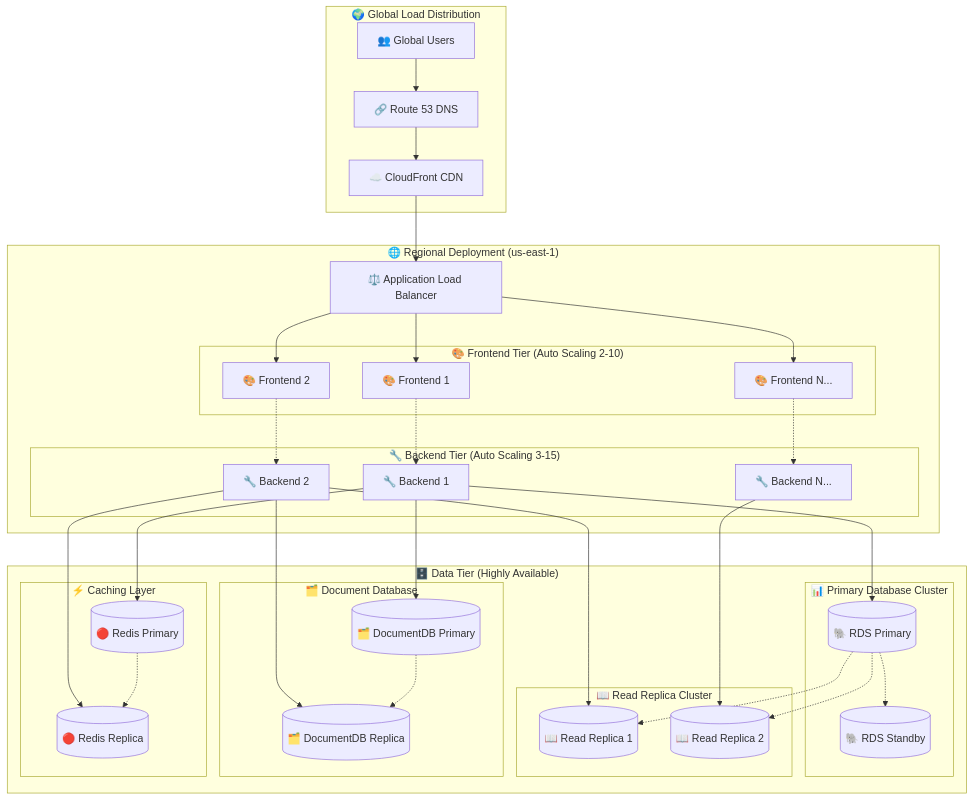
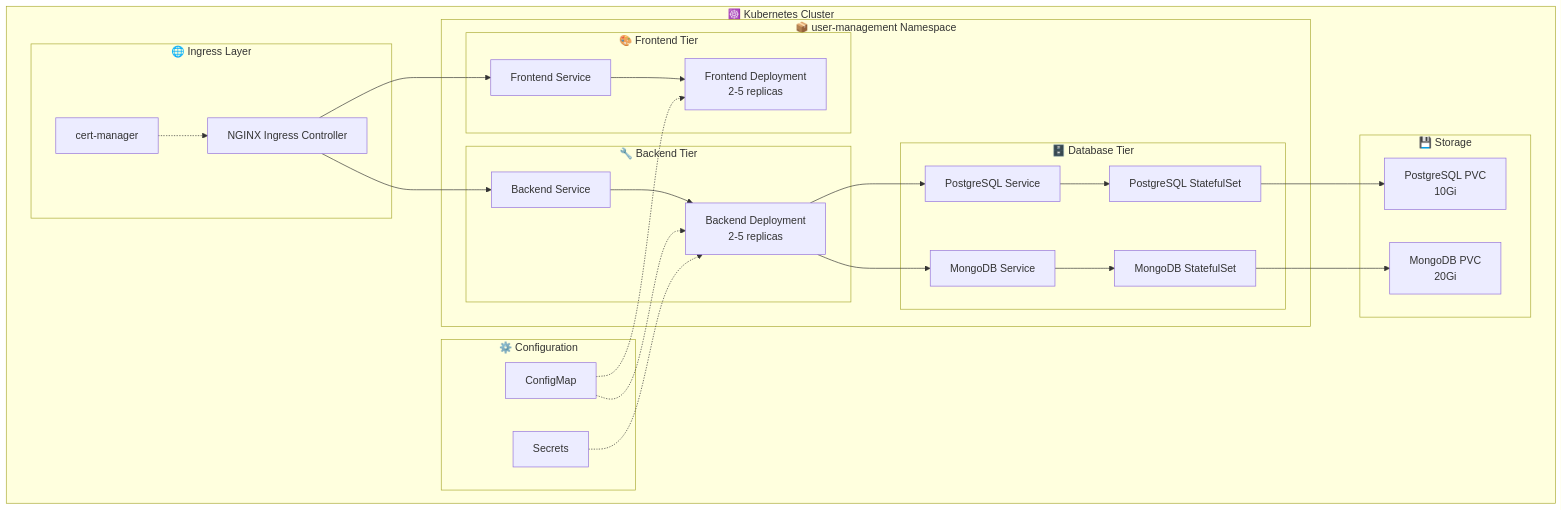
Before and after one commit to aathil-ali/User-Management: the fifth of 6 diagrams in README.md, drawn with Mermaid. The commit also changed other lines of this file and 2 other files, not shown here.

````diff
--- a/README.md
+++ b/README.md
@@ -422,71 +516,53 @@
 ```mermaid
 graph TB
-    subgraph "🌍 Global Load Distribution"
-        USERS[👥 Global Users]
-        DNS[🔗 Route 53 DNS]
-        CDN[☁️ CloudFront CDN]
-    end
-
-    subgraph "🌐 Regional Deployment (us-east-1)"
-        ALB[⚖️ Application Load Balancer]
-        
-        subgraph "🎨 Frontend Tier (Auto Scaling 2-10)"
-            FE1[🎨 Frontend 1]
-            FE2[🎨 Frontend 2]
-            FEN[🎨 Frontend N...]
+    subgraph "☸️ Kubernetes Cluster"
+        subgraph "🌐 Ingress Layer"
+            INGRESS[NGINX Ingress Controller]
+            CERT[cert-manager]
         end
         
-        subgraph "🔧 Backend Tier (Auto Scaling 3-15)"
-            BE1[🔧 Backend 1]
-            BE2[🔧 Backend 2]
-            BEN[🔧 Backend N...]
+        subgraph "📦 user-management Namespace"
+            subgraph "🎨 Frontend Tier"
+                FE_DEPLOY[Frontend Deployment<br/>2-5 replicas]
+                FE_SVC[Frontend Service]
+            end
+            
+            subgraph "🔧 Backend Tier"
+                BE_DEPLOY[Backend Deployment<br/>2-5 replicas]
+                BE_SVC[Backend Service]
+            end
+            
+            subgraph "🗄️ Database Tier"
+                PG_DEPLOY[PostgreSQL StatefulSet]
+                MONGO_DEPLOY[MongoDB StatefulSet]
+                PG_SVC[PostgreSQL Service]
+                MONGO_SVC[MongoDB Service]
+            end
+        end
+        
+        subgraph "💾 Storage"
+            PG_PVC[PostgreSQL PVC<br/>10Gi]
+            MONGO_PVC[MongoDB PVC<br/>20Gi]
+        end
+        
+        subgraph "⚙️ Configuration"
+            CONFIG[ConfigMap]
+            SECRETS[Secrets]
         end
     end
 
-    subgraph "🗄️ Data Tier (Highly Available)"
-        subgraph "📊 Primary Database Cluster"
-            RDS_PRIMARY[(🐘 RDS Primary)]
-            RDS_STANDBY[(🐘 RDS Standby)]
-        end
-        
-        subgraph "📖 Read Replica Cluster"
-            RDS_READ1[(📖 Read Replica 1)]
-            RDS_READ2[(📖 Read Replica 2)]
-        end
-        
-        subgraph "🗂️ Document Database"
-            DOC_PRIMARY[(🗂️ DocumentDB Primary)]
-            DOC_REPLICA[(🗂️ DocumentDB Replica)]
-        end
-        
-        subgraph "⚡ Caching Layer"
-            REDIS_PRIMARY[(🔴 Redis Primary)]
-            REDIS_REPLICA[(🔴 Redis Replica)]
-        end
-    end
-
-    USERS --> DNS
-    DNS --> CDN
-    CDN --> ALB
-    ALB --> FE1
-    ALB --> FE2
-    ALB --> FEN
-    FE1 -.-> BE1
-    FE2 -.-> BE2
-    FEN -.-> BEN
-    
-    BE1 --> RDS_PRIMARY
-    BE2 --> RDS_READ1
-    BEN --> RDS_READ2
-    RDS_PRIMARY -.-> RDS_STANDBY
-    RDS_PRIMARY -.-> RDS_READ1
-    RDS_PRIMARY -.-> RDS_READ2
-    
-    BE1 --> DOC_PRIMARY
-    BE2 --> DOC_REPLICA
-    DOC_PRIMARY -.-> DOC_REPLICA
-    
-    BE1 --> REDIS_PRIMARY
-    BE2 --> REDIS_REPLICA
-    REDIS_PRIMARY -.-> REDIS_REPLICA
+    INGRESS --> FE_SVC
+    INGRESS --> BE_SVC
+    FE_SVC --> FE_DEPLOY
+    BE_SVC --> BE_DEPLOY
+    BE_DEPLOY --> PG_SVC
+    BE_DEPLOY --> MONGO_SVC
+    PG_SVC --> PG_DEPLOY
+    MONGO_SVC --> MONGO_DEPLOY
+    PG_DEPLOY --> PG_PVC
+    MONGO_DEPLOY --> MONGO_PVC
+    CONFIG -.-> FE_DEPLOY
+    CONFIG -.-> BE_DEPLOY
+    SECRETS -.-> BE_DEPLOY
+    CERT -.-> INGRESS
 ```
````
